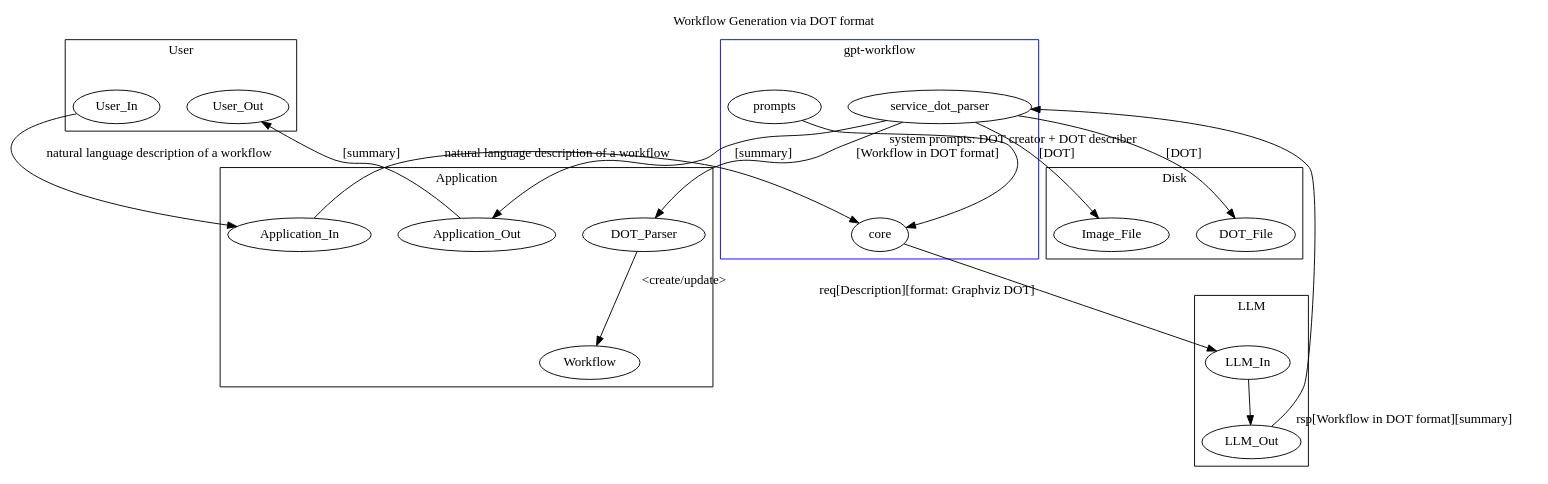
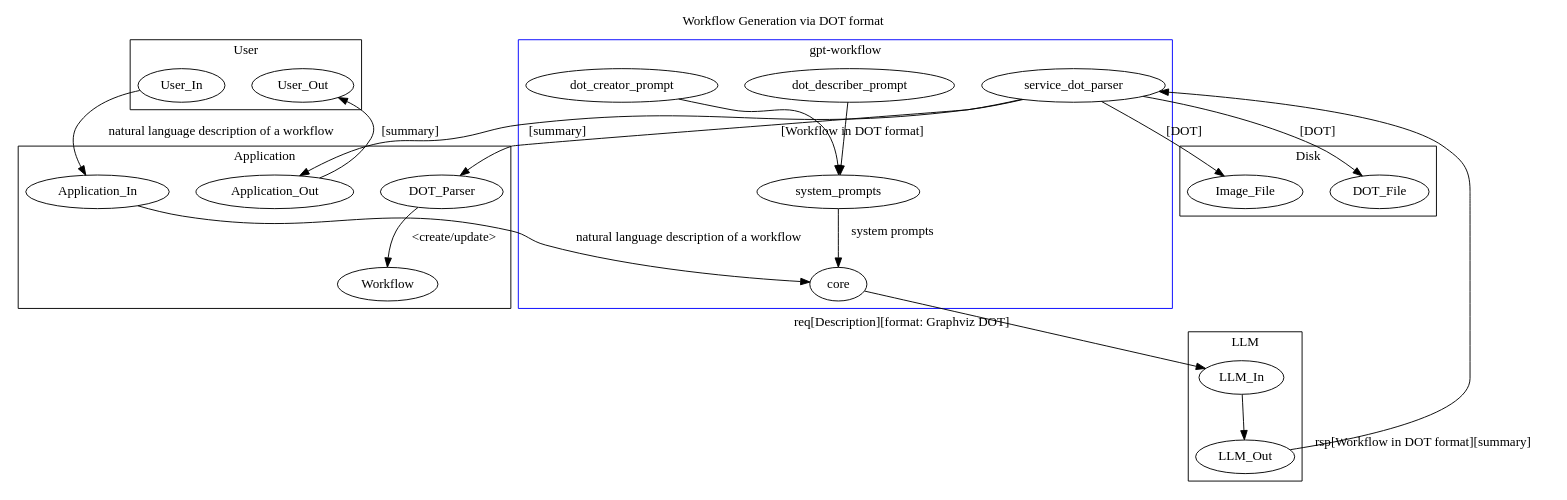
The diagram in dot/how_it_works-DOT-generation-from-natural-language.dot (mrseanryan/gpt-workflow), drawn with Graphviz before and after one commit. The commit also changed 3 other files, not shown here.

```diff
--- a/dot/how_it_works-DOT-generation-from-natural-language.dot
+++ b/dot/how_it_works-DOT-generation-from-natural-language.dot
@@ -1,73 +1,74 @@
 digraph G {
     graph [
         label = "Workflow Generation via DOT format"
         labelloc = t
 
         //dpi = 200
         ranksep=0.65
         nodesep=0.40
         rankdir=TB
 
         len=0
     ]
 
   subgraph cluster_0 {
     label = "User";
 
     User_In
     User_Out
   }
 
   subgraph cluster_1 {
     label = "Application";
 
     Application_In
     Application_Out
     DOT_Parser
     Workflow
   }
 
   subgraph cluster_2 {
     color=blue
     label = "gpt-workflow";
-        
-    prompts
+
     core
     service_dot_parser
 
+    dot_describer_prompt -> system_prompts
+    dot_creator_prompt -> system_prompts
   }
 
   subgraph cluster_3 {
     label = "LLM";
 
     LLM_In
     LLM_Out
   }
 
   subgraph cluster_4 {
     label = "Disk";
 
     Image_File
     DOT_File
   }
 
     User_In -> Application_In[label="natural language description of a workflow"]
     
-    prompts -> core [xlabel="system prompts: DOT creator + DOT describer"]
+    system_prompts -> core [xlabel="system prompts"]
 
     Application_In -> core [label="natural language description of a workflow"]
     
     core -> LLM_In [xlabel="req[Description][format: Graphviz DOT]"]
     
     LLM_Out -> service_dot_parser [taillabel="rsp[Workflow in DOT format][summary]"]
     
     LLM_In -> LLM_Out
     
     service_dot_parser -> DOT_Parser [label="[Workflow in DOT format]"]
     service_dot_parser -> Application_Out [label="[summary]"]
     DOT_Parser -> Workflow [label="<create/update>"]
     
     Application_Out -> User_Out [label="[summary]"]
     service_dot_parser -> Image_File [label="[DOT]"]
     service_dot_parser -> DOT_File [label="[DOT]"]
 }
```
